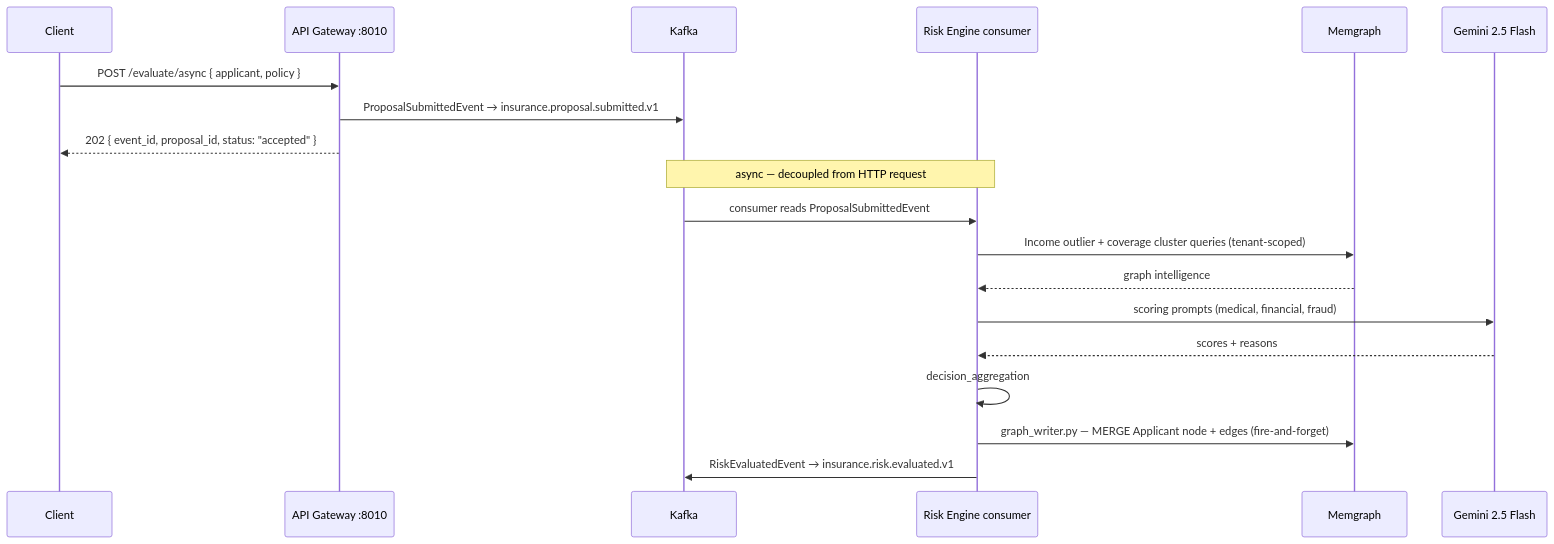
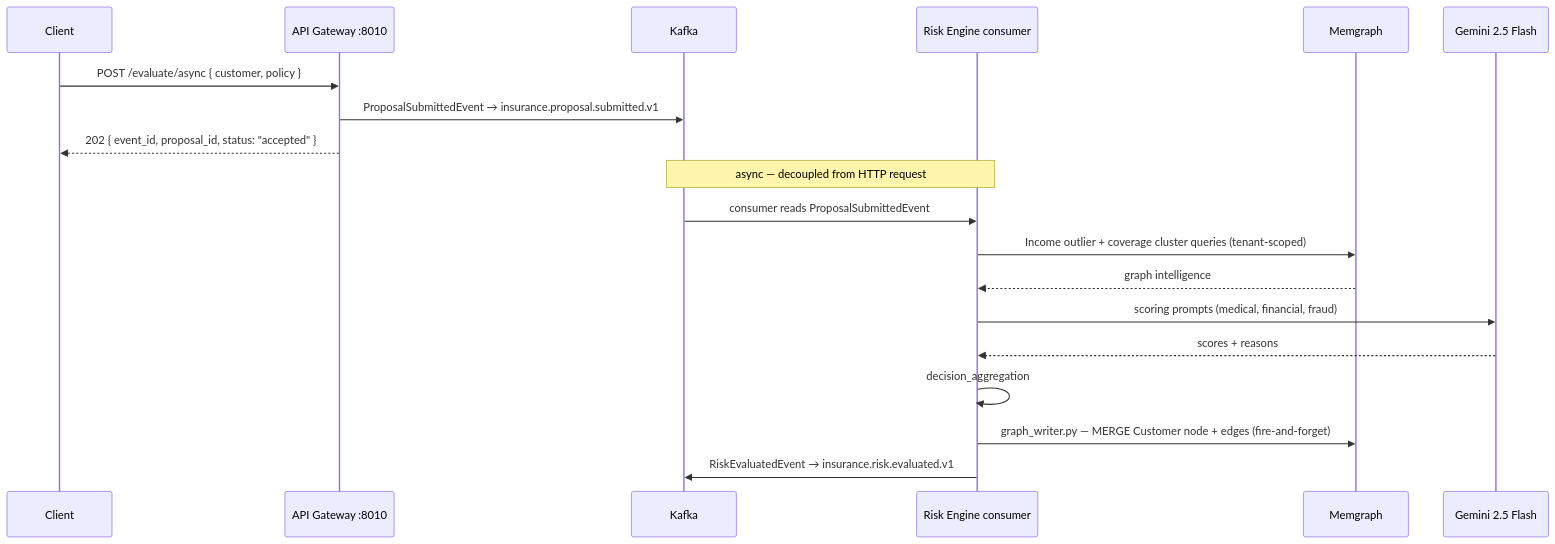
Before and after one commit to Nouman64-cat/insurance-ai: the second of 3 diagrams in docs/docs/data-flow.md, drawn with Mermaid. The commit also changed other lines of this file and 63 other files, not shown here.

Commit message:
refactor: rename applicant entities to customer throughout the codebase and documentation

````diff
--- a/docs/docs/data-flow.md
+++ b/docs/docs/data-flow.md
@@ -58,23 +58,23 @@
 ```mermaid
 sequenceDiagram
     participant C as Client
     participant GW as API Gateway :8010
     participant KF as Kafka
     participant RE as Risk Engine consumer
     participant MG as Memgraph
     participant LLM as Gemini 2.5 Flash
 
-    C->>GW: POST /evaluate/async { applicant, policy }
+    C->>GW: POST /evaluate/async { customer, policy }
     GW->>KF: ProposalSubmittedEvent → insurance.proposal.submitted.v1
     GW-->>C: 202 { event_id, proposal_id, status: "accepted" }
 
     note over KF,RE: async — decoupled from HTTP request
     KF->>RE: consumer reads ProposalSubmittedEvent
     RE->>MG: Income outlier + coverage cluster queries (tenant-scoped)
     MG-->>RE: graph intelligence
     RE->>LLM: scoring prompts (medical, financial, fraud)
     LLM-->>RE: scores + reasons
     RE->>RE: decision_aggregation
-    RE->>MG: graph_writer.py — MERGE Applicant node + edges (fire-and-forget)
+    RE->>MG: graph_writer.py — MERGE Customer node + edges (fire-and-forget)
     RE->>KF: RiskEvaluatedEvent → insurance.risk.evaluated.v1
 ```
````
